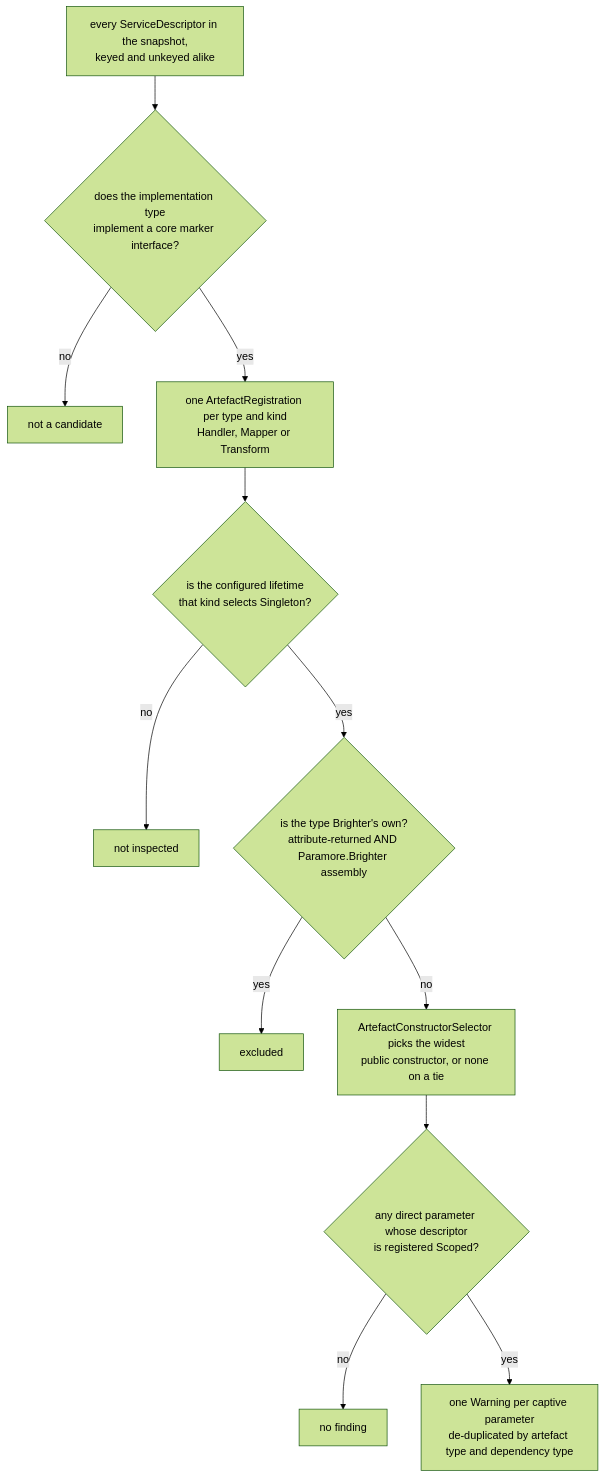
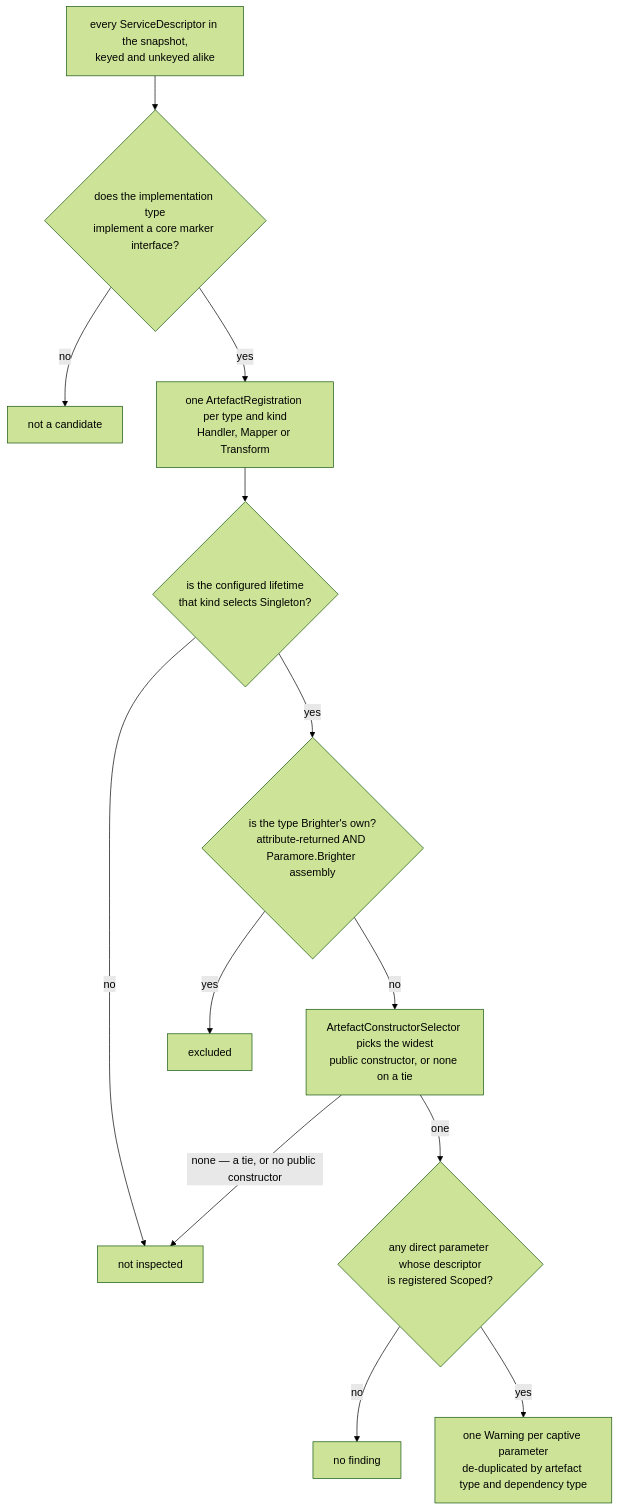
The fourth of 4 diagrams in docs/adr/0074-lifetime-validation-evaluation-site.md (BrighterCommand/Brighter), drawn with Mermaid (forest theme) before and after one commit. The commit also changed other lines of this file and 2 other files, not shown here.

````diff
--- a/docs/adr/0074-lifetime-validation-evaluation-site.md
+++ b/docs/adr/0074-lifetime-validation-evaluation-site.md
@@ -489,14 +490,15 @@
 ```mermaid
 flowchart TB
     d["every ServiceDescriptor in the snapshot,<br/>keyed and unkeyed alike"] --> k{"does the implementation type<br/>implement a core marker interface?"}
     k -- "no" --> skip1["not a candidate"]
     k -- "yes" --> reg["one ArtefactRegistration per type and kind<br/>Handler, Mapper or Transform"]
     reg --> gov{"is the configured lifetime<br/>that kind selects Singleton?"}
     gov -- "no" --> skip2["not inspected"]
     gov -- "yes" --> excl{"is the type Brighter's own?<br/>attribute-returned AND Paramore.Brighter assembly"}
     excl -- "yes" --> skip3["excluded"]
     excl -- "no" --> ctor["ArtefactConstructorSelector picks the widest<br/>public constructor, or none on a tie"]
-    ctor --> parm{"any direct parameter whose descriptor<br/>is registered Scoped?"}
+    ctor -- "none — a tie, or no public constructor" --> skip2
+    ctor -- "one" --> parm{"any direct parameter whose descriptor<br/>is registered Scoped?"}
     parm -- "no" --> ok["no finding"]
     parm -- "yes" --> warn["one Warning per captive parameter<br/>de-duplicated by artefact type and dependency type"]
 ```
````
